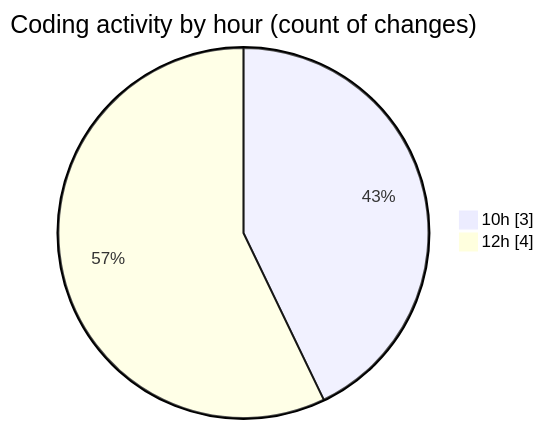
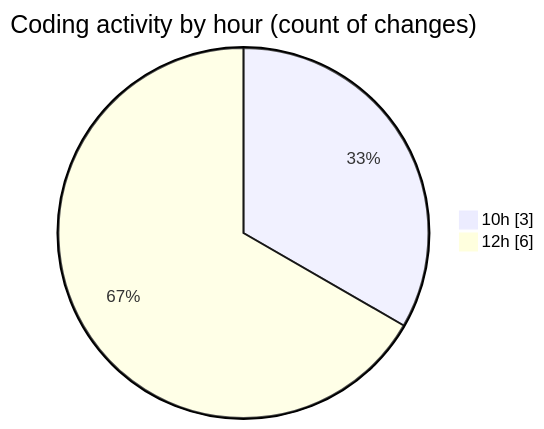
One commit to nxtqubesakshisongat/code-tracking changed the second of 2 diagrams in 2025-10-30/nxtqube_webapp/README.md. Above: the diagram before and after it, drawn with Mermaid. The commit also changed other lines of this file and 1 other file, not shown here.

````diff
--- a/2025-10-30/nxtqube_webapp/README.md
+++ b/2025-10-30/nxtqube_webapp/README.md
@@ -30,6 +30,6 @@
 ```mermaid
 pie showData
 title Coding activity by hour (count of changes)
 "10h" : 3
-"12h" : 4
+"12h" : 6
 ```
````
